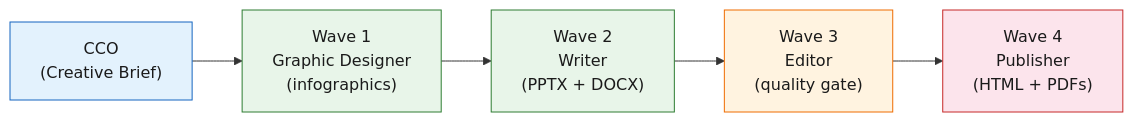
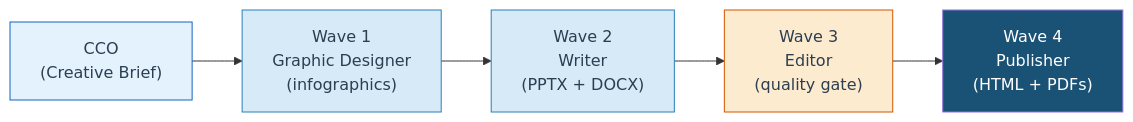
One commit to apatheticus/corporate-decision-panel changed diagram 13 of 13 in README.md. Above: the diagram before and after it, drawn with Mermaid. The commit also changed other lines of this file and 6 other files, not shown here.

````diff
--- a/README.md
+++ b/README.md
@@ -740,19 +1712,19 @@
 ```mermaid
 flowchart LR
     CCO["CCO\n(Creative Brief)"]
     GD["Wave 1\nGraphic Designer\n(infographics)"]
     W["Wave 2\nWriter\n(PPTX + DOCX)"]
     ED["Wave 3\nEditor\n(quality gate)"]
     PUB["Wave 4\nPublisher\n(HTML + PDFs)"]
 
     CCO --> GD
     GD --> W
     W --> ED
     ED --> PUB
 
-    style CCO fill:#e3f2fd,stroke:#1565c0,color:#1a1a1a
-    style GD fill:#e8f5e9,stroke:#2e7d32,color:#1a1a1a
-    style W fill:#e8f5e9,stroke:#2e7d32,color:#1a1a1a
-    style ED fill:#fff3e0,stroke:#ef6c00,color:#1a1a1a
-    style PUB fill:#fce4ec,stroke:#c62828,color:#1a1a1a
+    style CCO fill:#e3f2fd,stroke:#1565c0,color:#2C3E50
+    style GD fill:#D6EAF8,stroke:#2980B9,color:#2C3E50
+    style W fill:#D6EAF8,stroke:#2980B9,color:#2C3E50
+    style ED fill:#FDEBD0,stroke:#D35400,color:#2C3E50
+    style PUB fill:#1A5276,color:#fff
 ```
````
